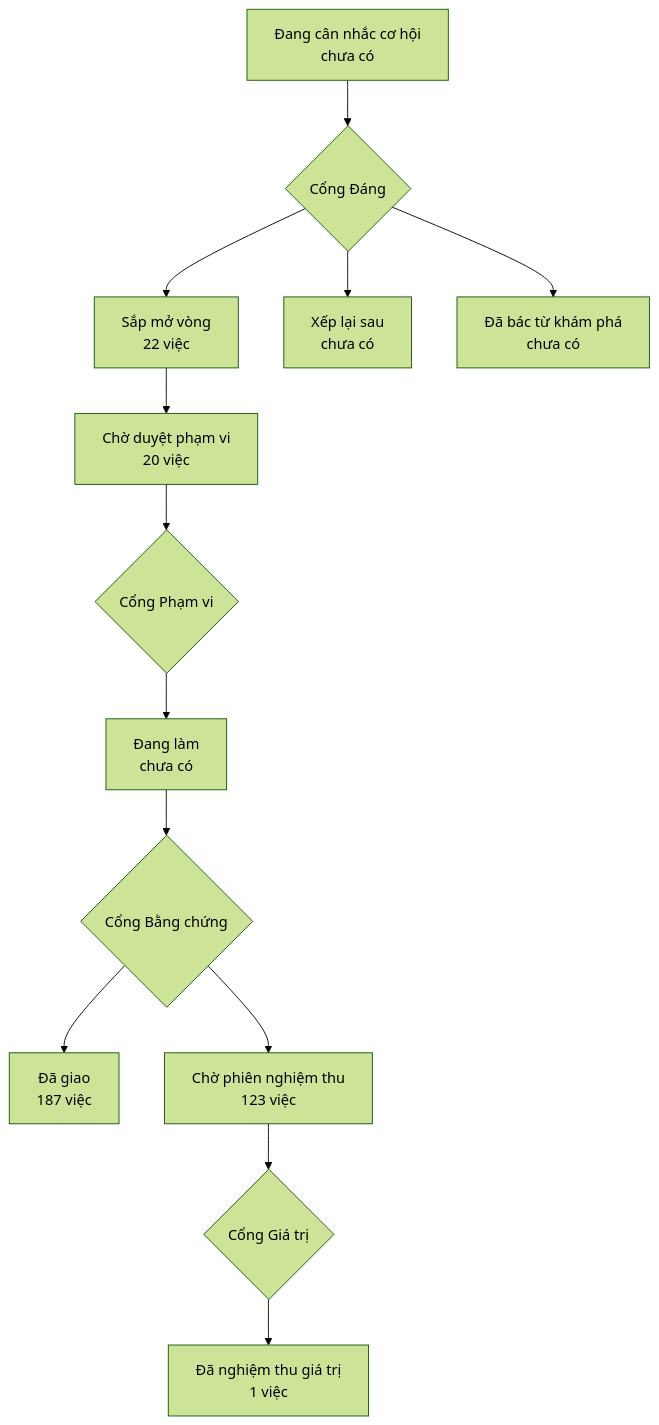
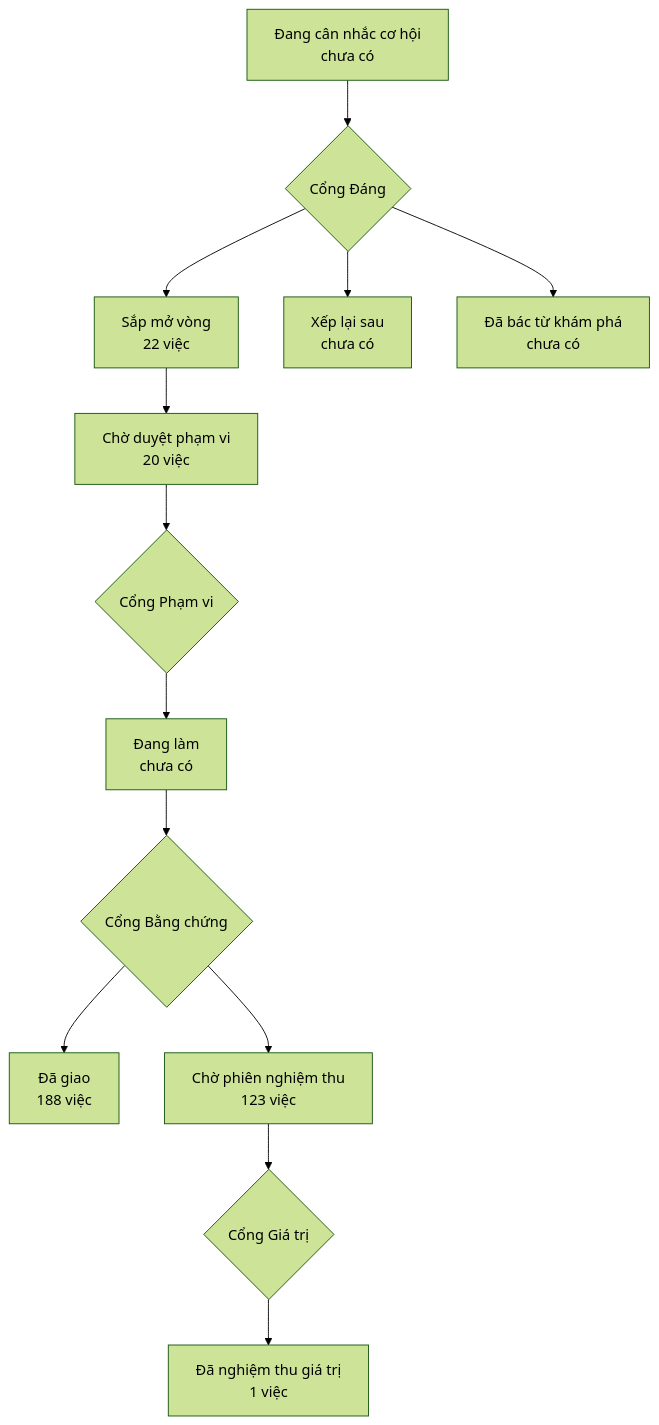
The diagram in PRODUCT-MAP.md (phanlemanh/onehub-invest), drawn with Mermaid (forest theme) before and after one commit. The commit also changed other lines of this file and 22 other files, not shown here.

````diff
--- a/PRODUCT-MAP.md
+++ b/PRODUCT-MAP.md
@@ -7,12 +7,12 @@
 ```mermaid
 flowchart TD
   A["Đang cân nhắc cơ hội<br/>chưa có"] --> GD{"Cổng Đáng"}
   GD --> B["Sắp mở vòng<br/>22 việc"]
   GD --> XL["Xếp lại sau<br/>chưa có"]
   GD --> DB["Đã bác từ khám phá<br/>chưa có"]
   B --> CD["Chờ duyệt phạm vi<br/>20 việc"] --> GP{"Cổng Phạm vi"}
   GP --> DL["Đang làm<br/>chưa có"] --> GB{"Cổng Bằng chứng"}
-  GB --> DG["Đã giao<br/>187 việc"]
+  GB --> DG["Đã giao<br/>188 việc"]
   GB --> CN["Chờ phiên nghiệm thu<br/>123 việc"] --> GG{"Cổng Giá trị"}
   GG --> NT["Đã nghiệm thu giá trị<br/>1 việc"]
 ```
````
